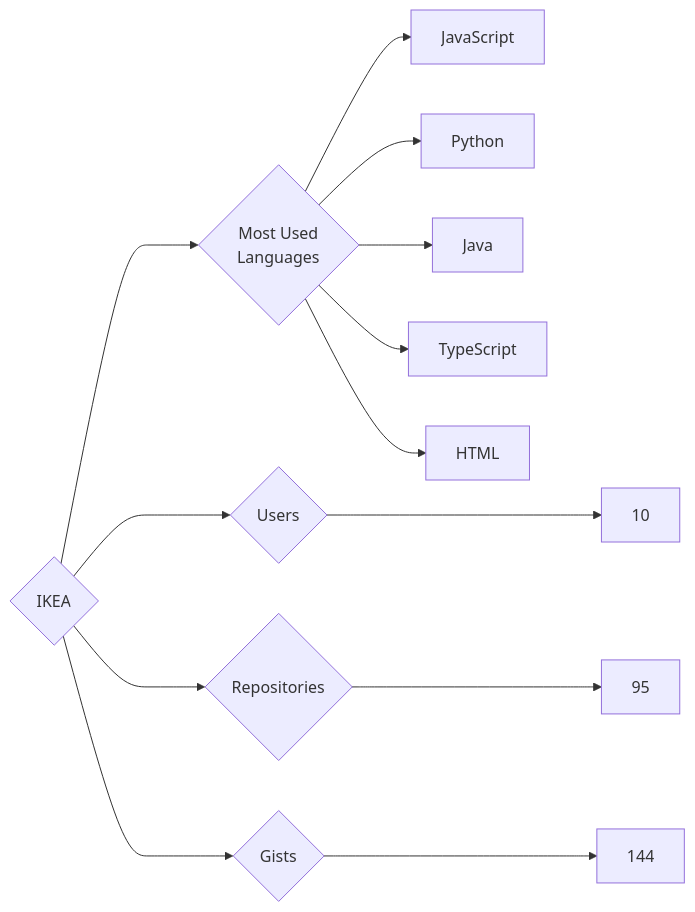
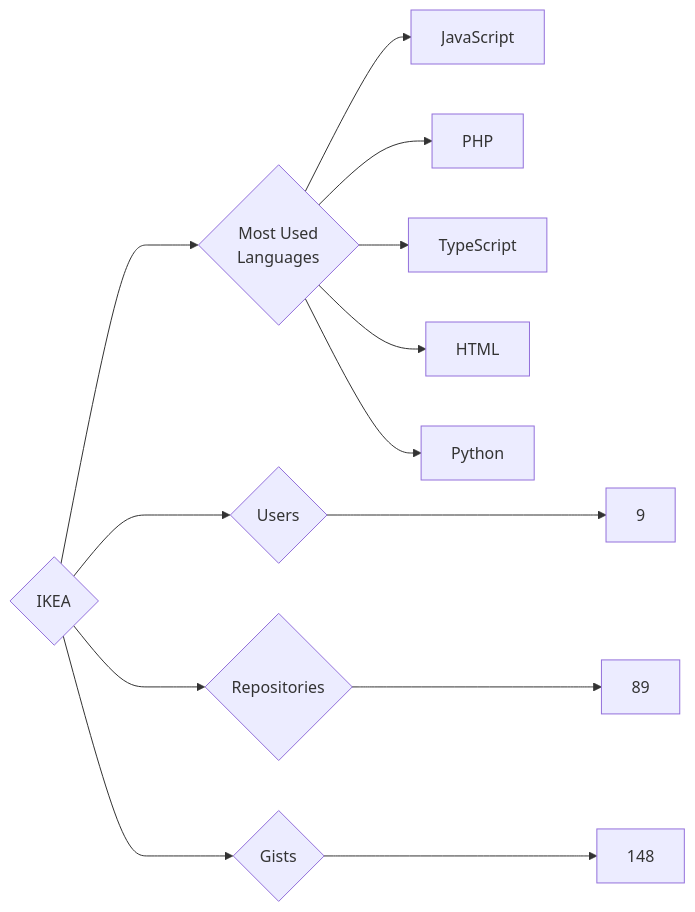
Before and after one commit to trickest/insiders: the diagram in targets/IKEA/README.md, drawn with Mermaid. The commit also changed 944 other files, not shown here.

````diff
--- a/targets/IKEA/README.md
+++ b/targets/IKEA/README.md
@@ -3,13 +3,13 @@
 ```mermaid
 graph LR
 COMPANY_NAME{IKEA}
-COMPANY_NAME ---> U{Users} ---> UN[10]
-COMPANY_NAME ---> R{Repositories} ---> RN[95]
-COMPANY_NAME ---> G{Gists} ---> GN[144]
+COMPANY_NAME ---> U{Users} ---> UN[9]
+COMPANY_NAME ---> R{Repositories} ---> RN[89]
+COMPANY_NAME ---> G{Gists} ---> GN[148]
 COMPANY_NAME ---> ML{Most Used<br>Languages}
 ML --> JavaScript[JavaScript]
-ML --> Python[Python]
-ML --> Java[Java]
+ML --> PHP[PHP]
 ML --> TypeScript[TypeScript]
 ML --> HTML[HTML]
+ML --> Python[Python]
 ```
````
